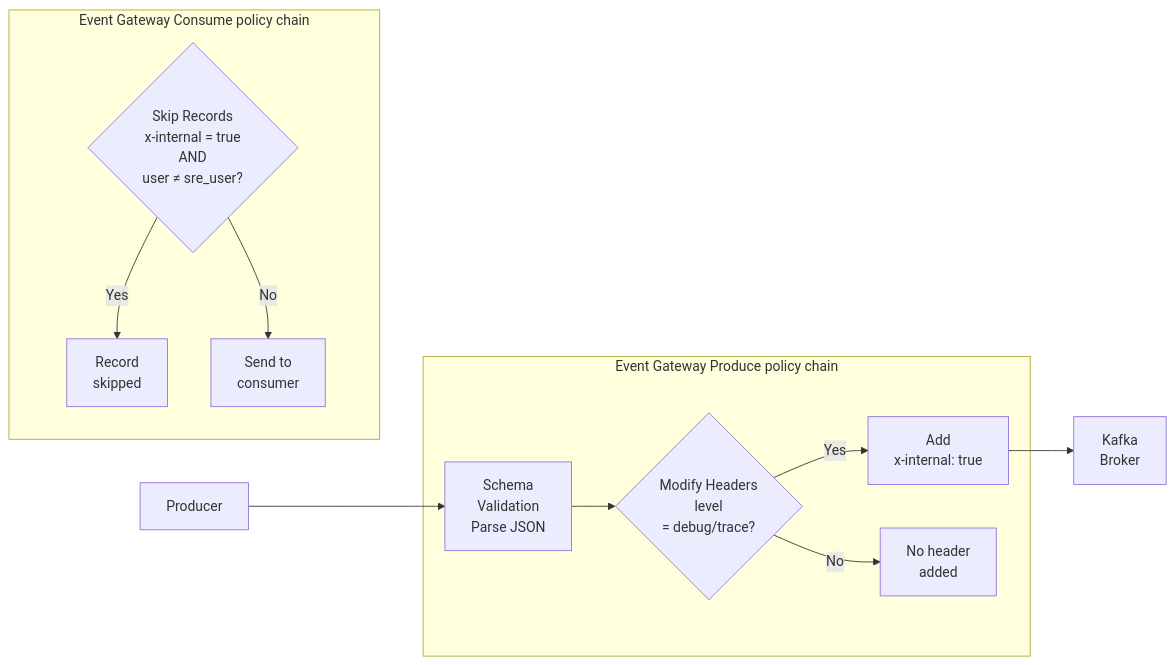
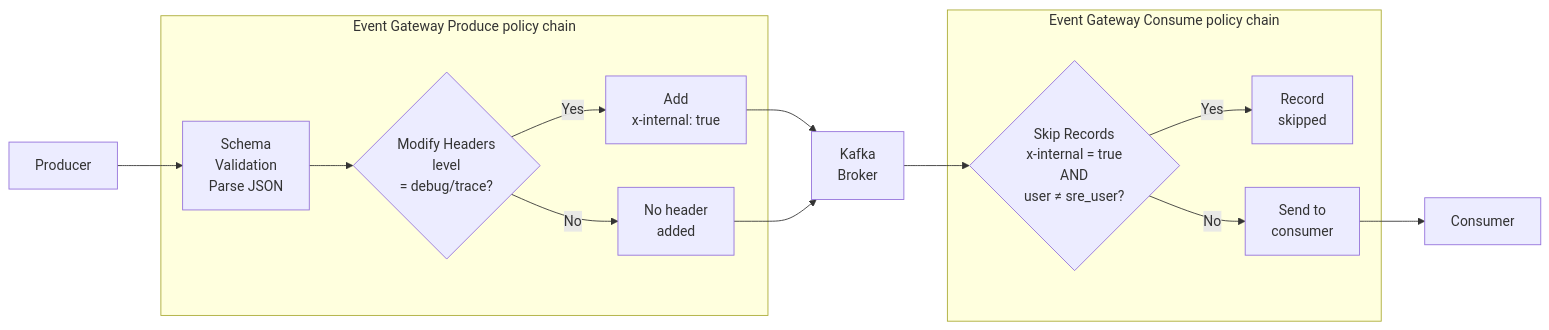
The diagram in app/_how-tos/event-gateway/filter-records-by-classification.md (Kong/developer.konghq.com), drawn with Mermaid before and after one commit.

Commit message:
add diagram connections back in

```diff
--- a/app/_how-tos/event-gateway/filter-records-by-classification.md
+++ b/app/_how-tos/event-gateway/filter-records-by-classification.md
@@ -74,18 +74,21 @@
 {% mermaid %}
 flowchart LR
     P[Producer] --> SV
 
     subgraph produce [Event Gateway Produce policy chain]
         SV[Schema <br>Validation<br/>Parse JSON] --> MH{Modify Headers<br/>level <br>= debug/trace?}
         MH -->|Yes| H1[Add <br>x-internal: true]
         MH -->|No| H2[No header <br>added]
     end
 
     subgraph consume [Event Gateway Consume policy chain]
         SR{Skip Records<br/>x-internal = true<br/>AND<br> user ≠ sre_user?}
         SR -->|Yes| DROP[Record <br>skipped]
         SR -->|No| C[Send to <br>consumer]
     end
 
     H1 --> K[Kafka <br>Broker]
+    H2 --> K
+    K --> SR
+    C --> CO[Consumer]
 {% endmermaid %}
```
